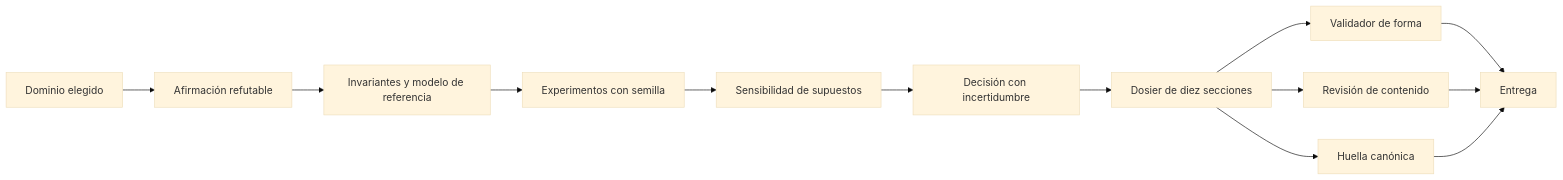
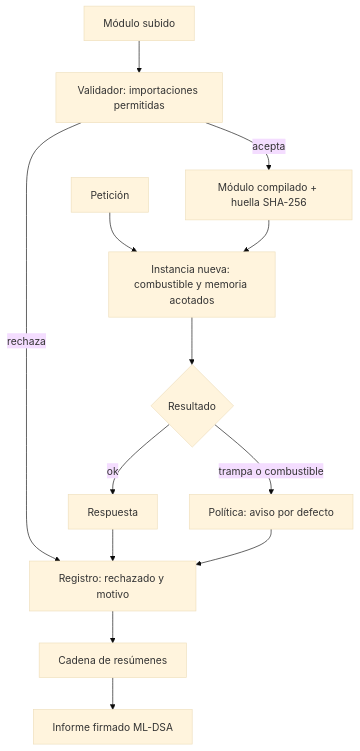
The diagram in content/part-23/SE-288.md (vladimiracunadev-create/modern-software-engineering-program), drawn with Mermaid (base theme) before and after one commit. The commit also changed other lines of this file and 5193 other files, not shown here.

````diff
--- a/content/part-23/SE-288.md
+++ b/content/part-23/SE-288.md
@@ -53,15 +56,15 @@
 ```mermaid
-flowchart LR
-    A[Dominio elegido] --> B[Afirmación refutable]
-    B --> C[Invariantes y modelo de referencia]
-    C --> D[Experimentos con semilla]
-    D --> E[Sensibilidad de supuestos]
-    E --> F[Decisión con incertidumbre]
-    F --> G[Dosier de diez secciones]
-    G --> H[Validador de forma]
-    G --> I[Revisión de contenido]
-    G --> J[Huella canónica]
-    H --> K[Entrega]
-    I --> K
-    J --> K
+flowchart TD
+    A[Módulo subido] --> B[Validador: importaciones permitidas]
+    B -->|rechaza| R[Registro: rechazado y motivo]
+    B -->|acepta| C[Módulo compilado + huella SHA-256]
+    D[Petición] --> E[Instancia nueva: combustible y memoria acotados]
+    C --> E
+    E --> F{Resultado}
+    F -->|ok| G[Respuesta]
+    F -->|trampa o combustible| H[Política: aviso por defecto]
+    G --> R
+    H --> R
+    R --> I[Cadena de resúmenes]
+    I --> J[Informe firmado ML-DSA]
 ```
````
